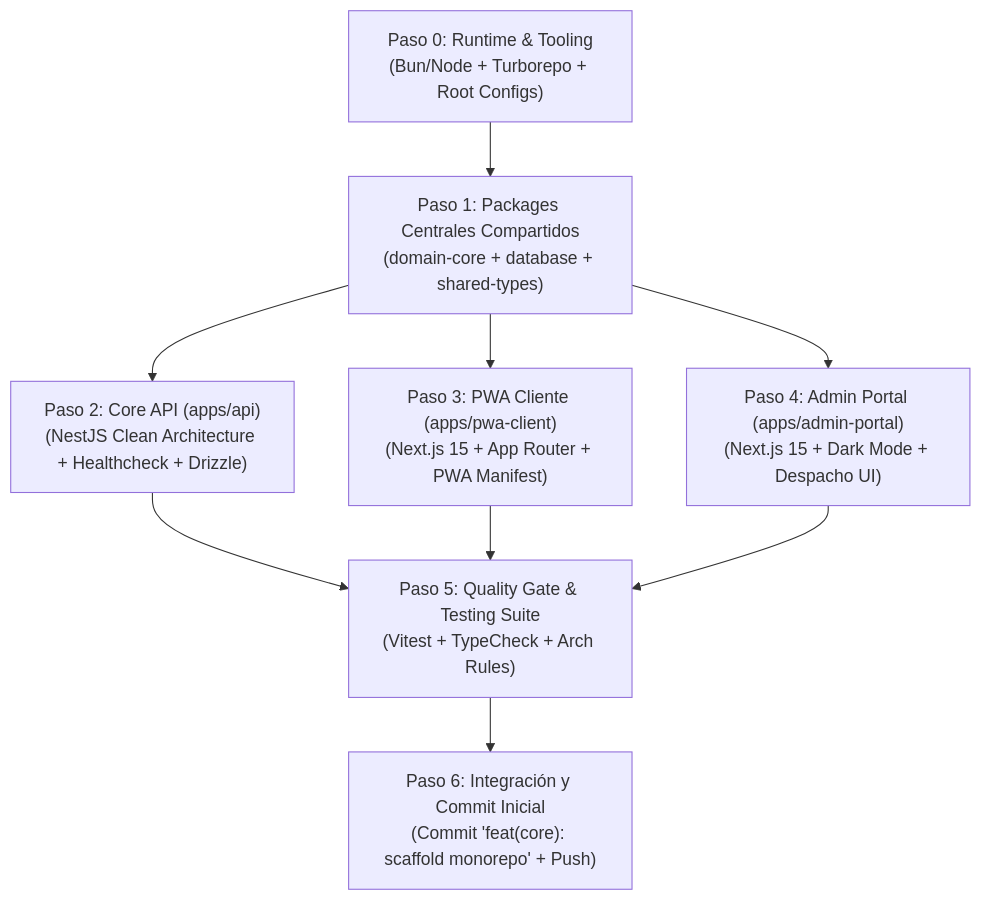
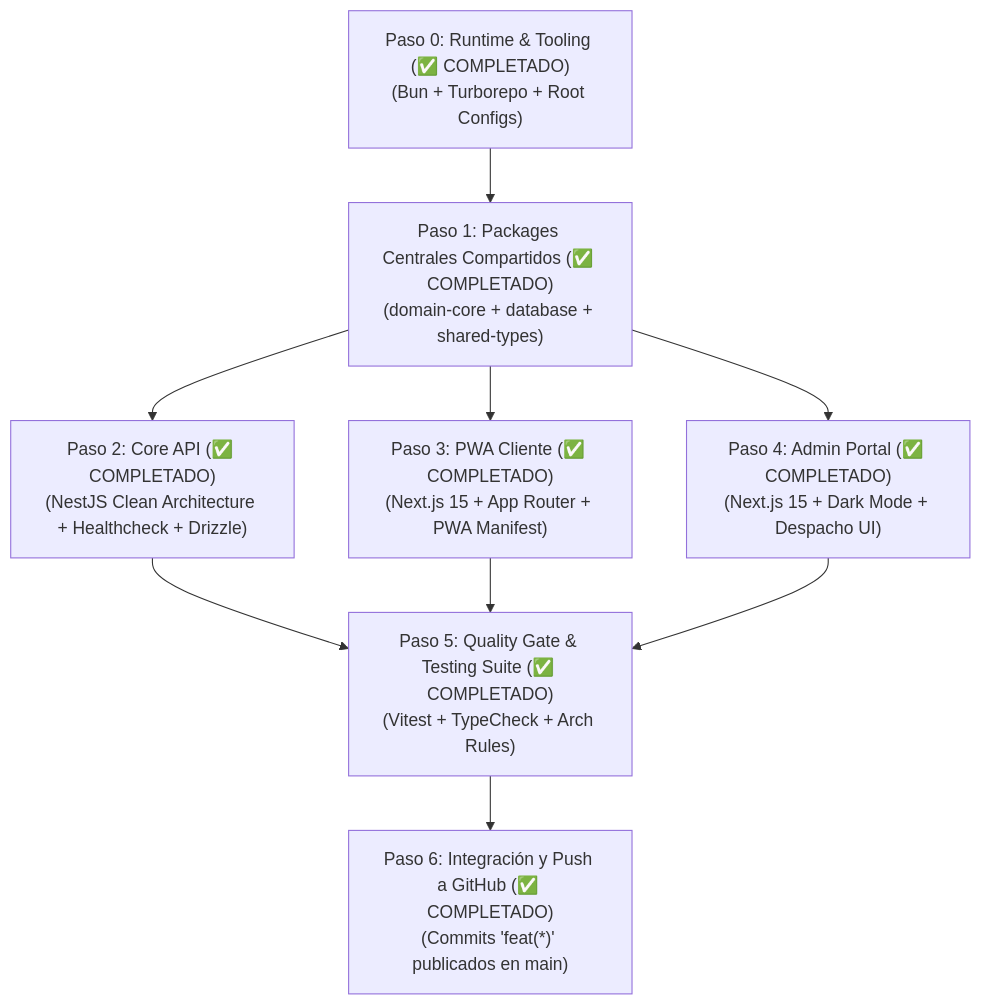
One commit to ALR1730/MITEFREE changed the diagram in docs/PLAN_IMPLEMENTACION_ESQUELETO.md. Above: the diagram before and after it, drawn with Mermaid. The commit also changed other lines of this file and 3 other files, not shown here.

Commit message:
test(core): enforce automated architecture rules for Protocolo BETA and complete appointment unit test suite

````diff
--- a/docs/PLAN_IMPLEMENTACION_ESQUELETO.md
+++ b/docs/PLAN_IMPLEMENTACION_ESQUELETO.md
@@ -17,19 +17,19 @@
 ```mermaid
 graph TD
-    P0["Paso 0: Runtime & Tooling<br/>(Bun/Node + Turborepo + Root Configs)"]
-    P1["Paso 1: Packages Centrales Compartidos<br/>(domain-core + database + shared-types)"]
-    P2["Paso 2: Core API (apps/api)<br/>(NestJS Clean Architecture + Healthcheck + Drizzle)"]
-    P3["Paso 3: PWA Cliente (apps/pwa-client)<br/>(Next.js 15 + App Router + PWA Manifest)"]
-    P4["Paso 4: Admin Portal (apps/admin-portal)<br/>(Next.js 15 + Dark Mode + Despacho UI)"]
-    P5["Paso 5: Quality Gate & Testing Suite<br/>(Vitest + TypeCheck + Arch Rules)"]
-    P6["Paso 6: Integración y Commit Inicial<br/>(Commit 'feat(core): scaffold monorepo' + Push)"]
+    P0["Paso 0: Runtime & Tooling (✅ COMPLETADO)<br/>(Bun + Turborepo + Root Configs)"]
+    P1["Paso 1: Packages Centrales Compartidos (✅ COMPLETADO)<br/>(domain-core + database + shared-types)"]
+    P2["Paso 2: Core API (✅ COMPLETADO)<br/>(NestJS Clean Architecture + Healthcheck + Drizzle)"]
+    P3["Paso 3: PWA Cliente (✅ COMPLETADO)<br/>(Next.js 15 + App Router + PWA Manifest)"]
+    P4["Paso 4: Admin Portal (✅ COMPLETADO)<br/>(Next.js 15 + Dark Mode + Despacho UI)"]
+    P5["Paso 5: Quality Gate & Testing Suite (✅ COMPLETADO)<br/>(Vitest + TypeCheck + Arch Rules)"]
+    P6["Paso 6: Integración y Push a GitHub (✅ COMPLETADO)<br/>(Commits 'feat(*)' publicados en main)"]
 
     P0 --> P1
     P1 --> P2
     P1 --> P3
     P1 --> P4
     P2 --> P5
     P3 --> P5
     P4 --> P5
     P5 --> P6
 ```
````
